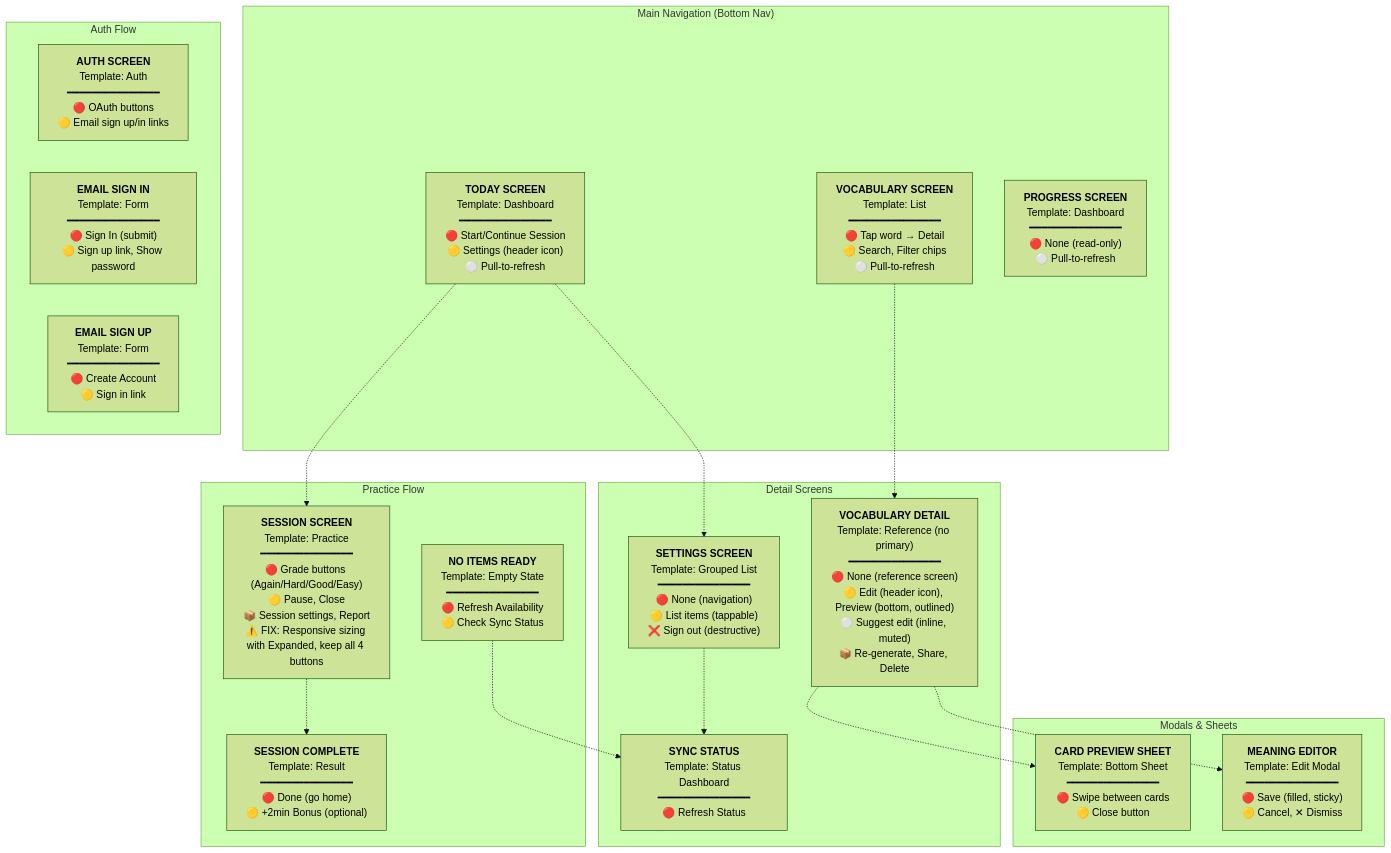
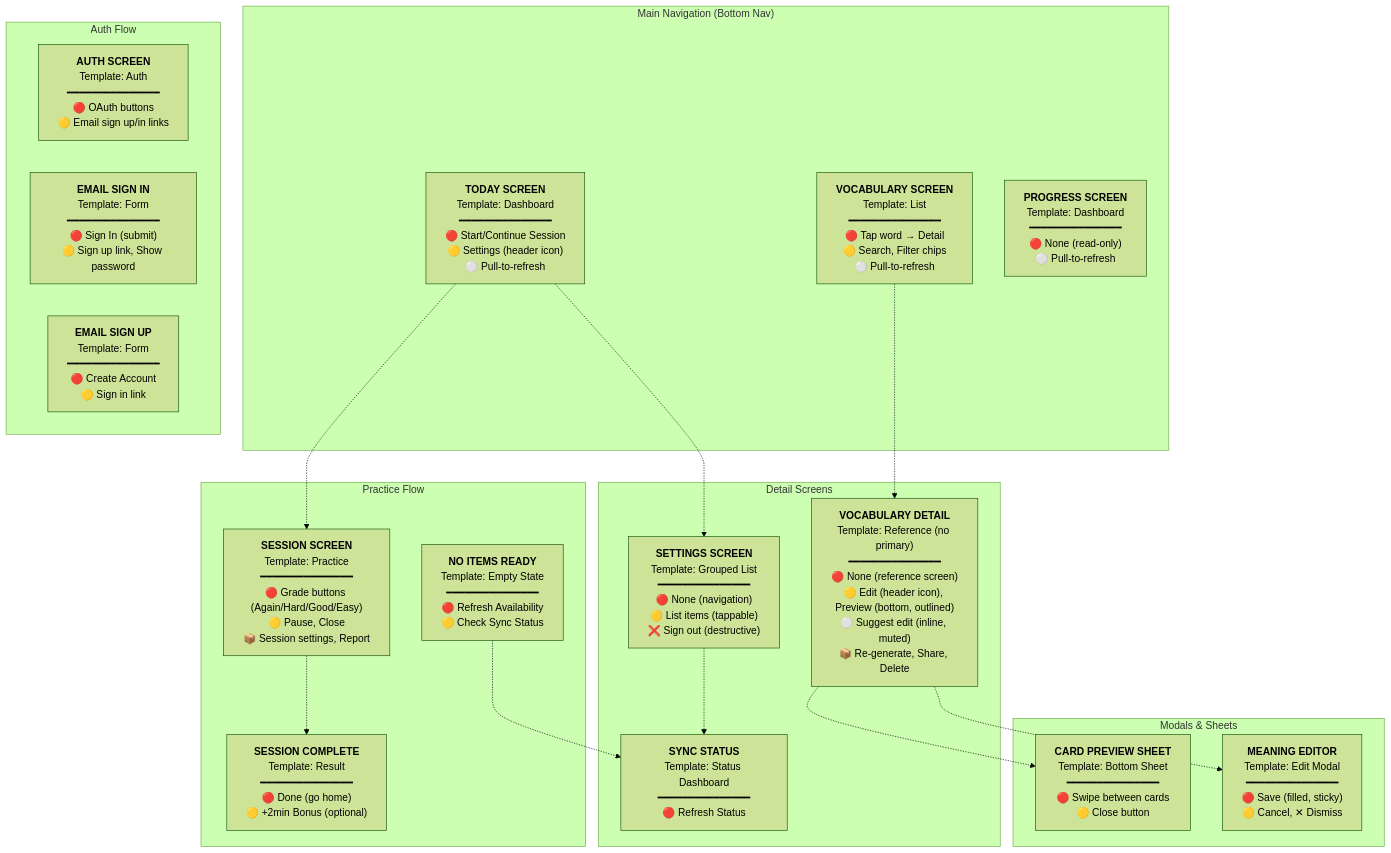
The diagram in design/screen-flows.md (vseehausen/mastery), drawn with Mermaid (forest theme) before and after one commit. The commit also changed other lines of this file and 2 other files, not shown here.

````diff
--- a/design/screen-flows.md
+++ b/design/screen-flows.md
@@ -50,41 +9,41 @@
 ```mermaid
 graph TB
     subgraph "Main Navigation (Bottom Nav)"
         Today["<b>TODAY SCREEN</b><br/>Template: Dashboard<br/>━━━━━━━━━━━━━━━<br/>🔴 Start/Continue Session<br/>🟡 Settings (header icon)<br/>⚪ Pull-to-refresh"]
         Vocab["<b>VOCABULARY SCREEN</b><br/>Template: List<br/>━━━━━━━━━━━━━━━<br/>🔴 Tap word → Detail<br/>🟡 Search, Filter chips<br/>⚪ Pull-to-refresh"]
         Progress["<b>PROGRESS SCREEN</b><br/>Template: Dashboard<br/>━━━━━━━━━━━━━━━<br/>🔴 None (read-only)<br/>⚪ Pull-to-refresh"]
     end
 
     subgraph "Detail Screens"
         VocabDetail["<b>VOCABULARY DETAIL</b><br/>Template: Reference (no primary)<br/>━━━━━━━━━━━━━━━<br/>🔴 None (reference screen)<br/>🟡 Edit (header icon), Preview (bottom, outlined)<br/>⚪ Suggest edit (inline, muted)<br/>📦 Re-generate, Share, Delete"]
         Settings["<b>SETTINGS SCREEN</b><br/>Template: Grouped List<br/>━━━━━━━━━━━━━━━<br/>🔴 None (navigation)<br/>🟡 List items (tappable)<br/>❌ Sign out (destructive)"]
         SyncStatus["<b>SYNC STATUS</b><br/>Template: Status Dashboard<br/>━━━━━━━━━━━━━━━<br/>🔴 Refresh Status"]
     end
 
     subgraph "Practice Flow"
-        Session["<b>SESSION SCREEN</b><br/>Template: Practice<br/>━━━━━━━━━━━━━━━<br/>🔴 Grade buttons (Again/Hard/Good/Easy)<br/>🟡 Pause, Close<br/>📦 Session settings, Report<br/>⚠️ FIX: Responsive sizing with Expanded, keep all 4 buttons"]
+        Session["<b>SESSION SCREEN</b><br/>Template: Practice<br/>━━━━━━━━━━━━━━━<br/>🔴 Grade buttons (Again/Hard/Good/Easy)<br/>🟡 Pause, Close<br/>📦 Session settings, Report"]
         SessionComplete["<b>SESSION COMPLETE</b><br/>Template: Result<br/>━━━━━━━━━━━━━━━<br/>🔴 Done (go home)<br/>🟡 +2min Bonus (optional)"]
         NoItems["<b>NO ITEMS READY</b><br/>Template: Empty State<br/>━━━━━━━━━━━━━━━<br/>🔴 Refresh Availability<br/>🟡 Check Sync Status"]
     end
 
     subgraph "Modals & Sheets"
         CardPreview["<b>CARD PREVIEW SHEET</b><br/>Template: Bottom Sheet<br/>━━━━━━━━━━━━━━━<br/>🔴 Swipe between cards<br/>🟡 Close button"]
         MeaningEditor["<b>MEANING EDITOR</b><br/>Template: Edit Modal<br/>━━━━━━━━━━━━━━━<br/>🔴 Save (filled, sticky)<br/>🟡 Cancel, ✕ Dismiss"]
     end
 
     subgraph "Auth Flow"
         Auth["<b>AUTH SCREEN</b><br/>Template: Auth<br/>━━━━━━━━━━━━━━━<br/>🔴 OAuth buttons<br/>🟡 Email sign up/in links"]
         SignIn["<b>EMAIL SIGN IN</b><br/>Template: Form<br/>━━━━━━━━━━━━━━━<br/>🔴 Sign In (submit)<br/>🟡 Sign up link, Show password"]
         SignUp["<b>EMAIL SIGN UP</b><br/>Template: Form<br/>━━━━━━━━━━━━━━━<br/>🔴 Create Account<br/>🟡 Sign in link"]
     end
 
     %% Navigation connections (simplified)
     Today -.-> Session
     Today -.-> Settings
     Vocab -.-> VocabDetail
     VocabDetail -.-> CardPreview
     VocabDetail -.-> MeaningEditor
     Session -.-> SessionComplete
     Settings -.-> SyncStatus
     NoItems -.-> SyncStatus
 ```
````
